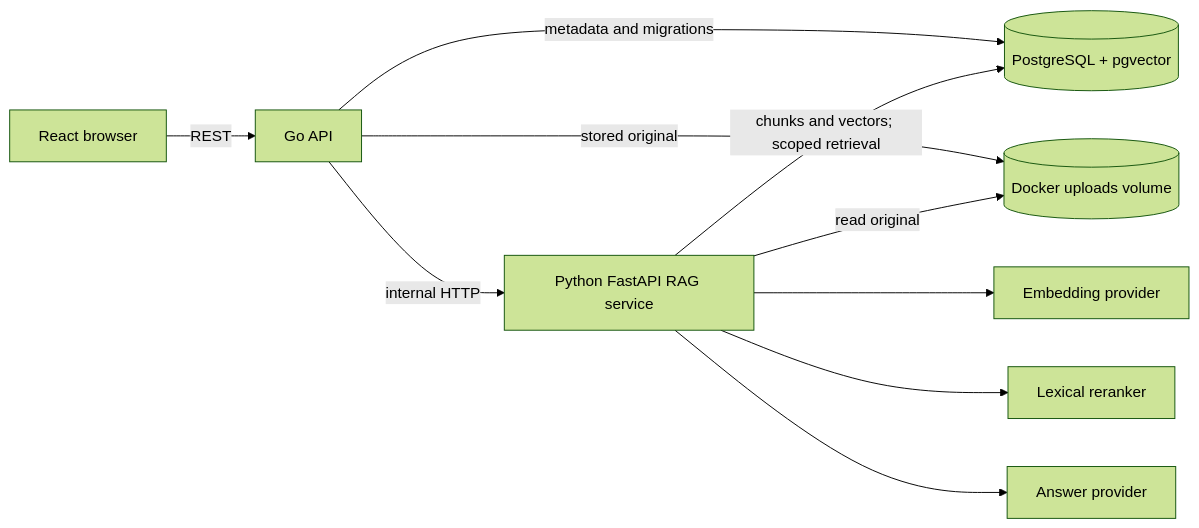
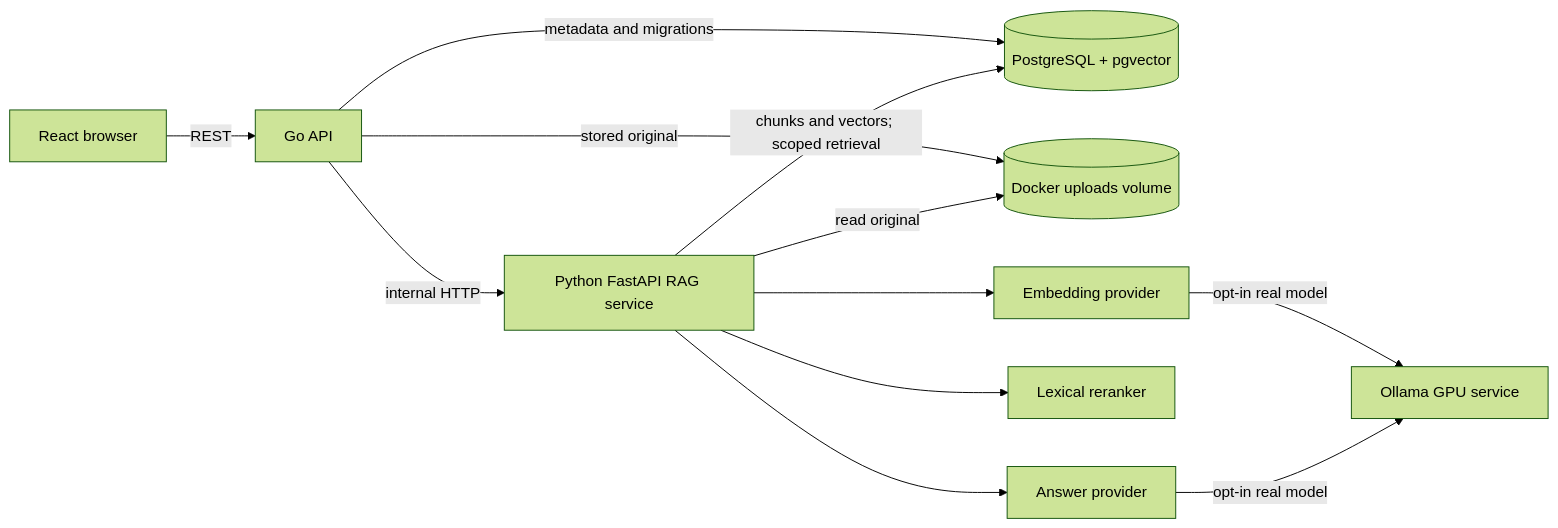
One commit to vmc6g8p2tk-lab/enterprise-ai-knowledge-platform changed the diagram in ARCHITECTURE.md. Above: the diagram before and after it, drawn with Mermaid (forest theme). The commit also changed other lines of this file and 13 other files, not shown here.

````diff
--- a/ARCHITECTURE.md
+++ b/ARCHITECTURE.md
@@ -7,12 +7,14 @@
 ```mermaid
 flowchart LR
     Browser[React browser] -->|REST| Go[Go API]
     Go -->|metadata and migrations| PG[(PostgreSQL + pgvector)]
     Go -->|stored original| Files[(Docker uploads volume)]
     Go -->|internal HTTP| AI[Python FastAPI RAG service]
     AI -->|read original| Files
     AI -->|chunks and vectors; scoped retrieval| PG
     AI --> Emb[Embedding provider]
     AI --> Rank[Lexical reranker]
     AI --> Answer[Answer provider]
+    Emb -->|opt-in real model| Ollama[Ollama GPU service]
+    Answer -->|opt-in real model| Ollama
 ```
````
